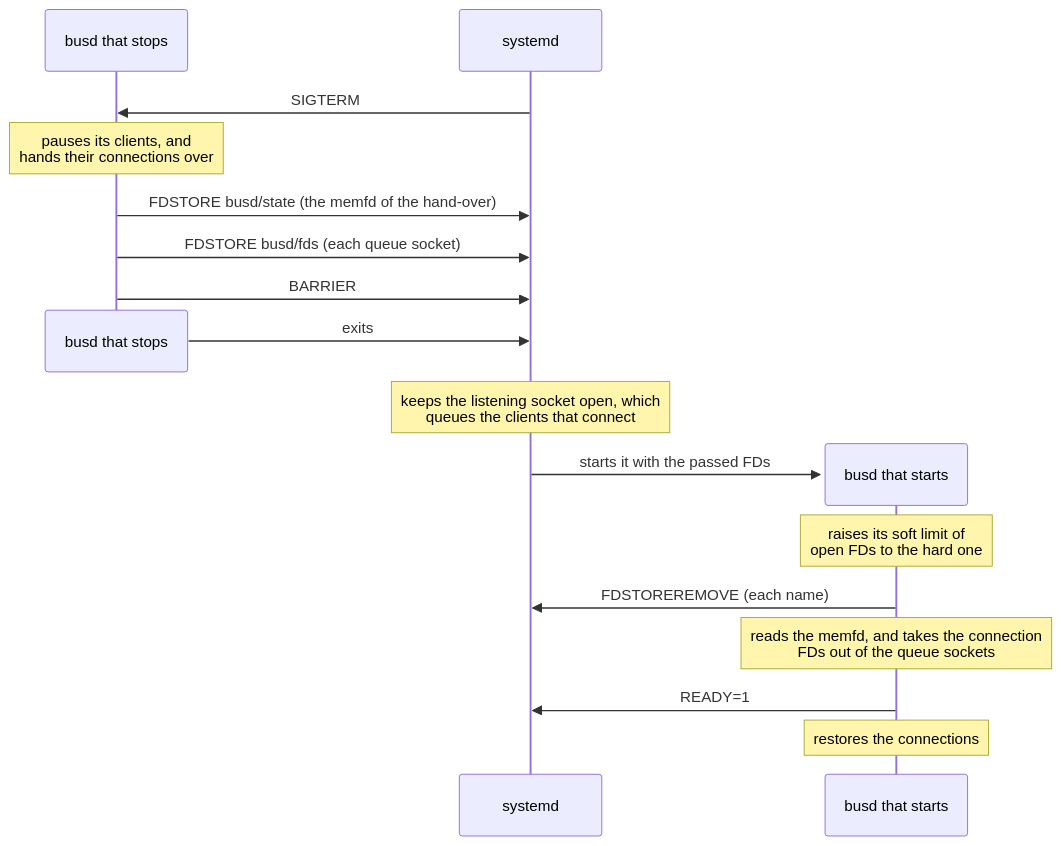
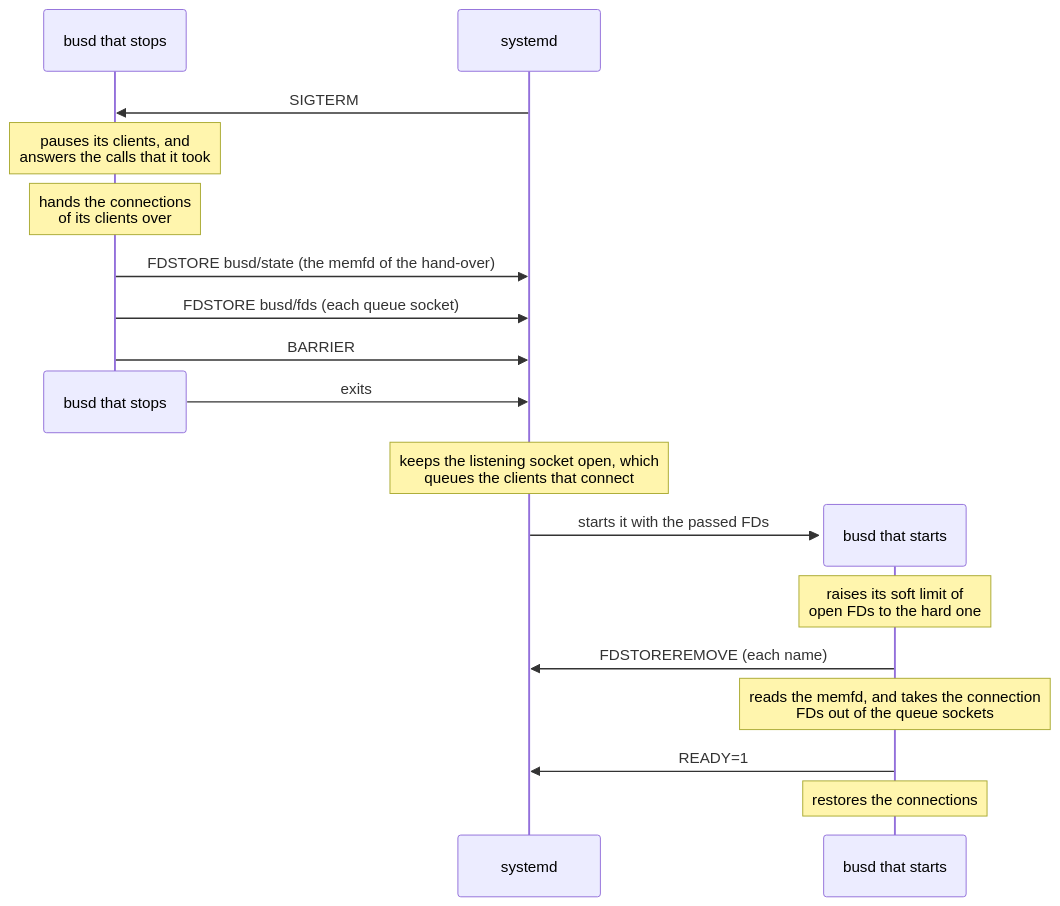
The diagram in src/bus/systemd/restart.mmd (z-galaxy/busd), drawn with Mermaid before and after one commit. The commit also changed 30 other files, not shown here.

```diff
--- a/src/bus/systemd/restart.mmd
+++ b/src/bus/systemd/restart.mmd
@@ -1,18 +1,19 @@
 sequenceDiagram
     participant old as busd that stops
     participant systemd
     systemd->>old: SIGTERM
-    Note over old: pauses its clients, and<br/>hands their connections over
+    Note over old: pauses its clients, and<br/>answers the calls that it took
+    Note over old: hands the connections<br/>of its clients over
     old->>systemd: FDSTORE busd/state (the memfd of the hand-over)
     old->>systemd: FDSTORE busd/fds (each queue socket)
     old->>systemd: BARRIER
     destroy old
     old->>systemd: exits
     Note over systemd: keeps the listening socket open, which<br/>queues the clients that connect
     create participant new as busd that starts
     systemd->>new: starts it with the passed FDs
     Note over new: raises its soft limit of<br/>open FDs to the hard one
     new->>systemd: FDSTOREREMOVE (each name)
     Note over new: reads the memfd, and takes the connection<br/>FDs out of the queue sockets
     new->>systemd: READY=1
     Note over new: restores the connections
```
